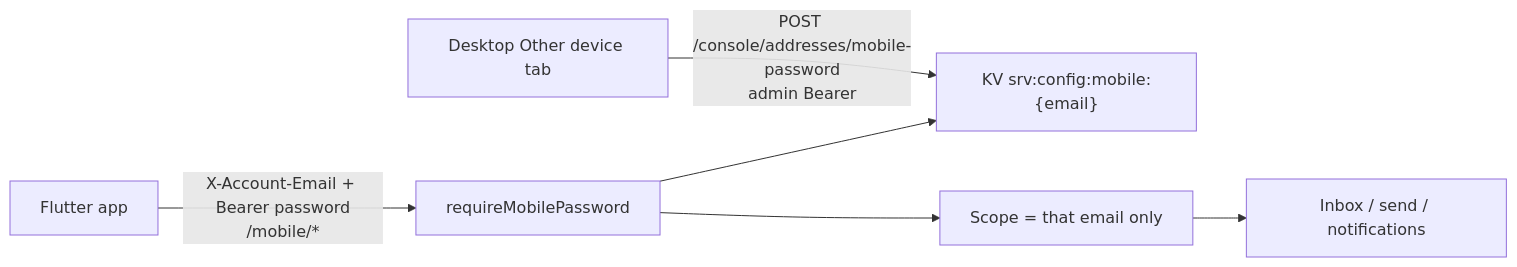
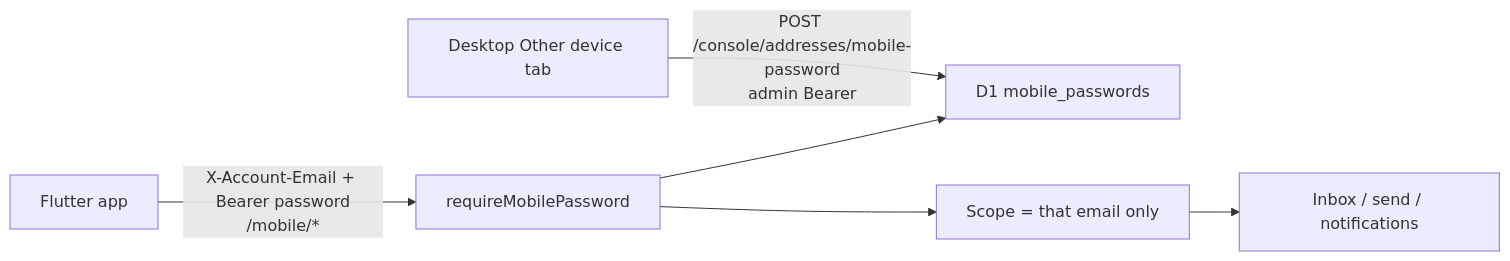
One commit to gssisaac/relaybase changed the diagram in docs/mobile-email-companion.md. Above: the diagram before and after it, drawn with Mermaid. The commit also changed other lines of this file and 39 other files, not shown here.

````diff
--- a/docs/mobile-email-companion.md
+++ b/docs/mobile-email-companion.md
@@ -63,8 +63,8 @@
 ```mermaid
 flowchart LR
-  Desktop["Desktop Other device tab"] -->|"POST /console/addresses/mobile-password\nadmin Bearer"| KV["KV srv:config:mobile:{email}"]
+  Desktop["Desktop Other device tab"] -->|"POST /console/addresses/mobile-password\nadmin Bearer"| D1["D1 mobile_passwords"]
   Mobile["Flutter app"] -->|"X-Account-Email + Bearer password\n/mobile/*"| Auth["requireMobilePassword"]
-  Auth --> KV
+  Auth --> D1
   Auth --> Scope["Scope = that email only"]
   Scope --> Mail["Inbox / send / notifications"]
 ```
````
